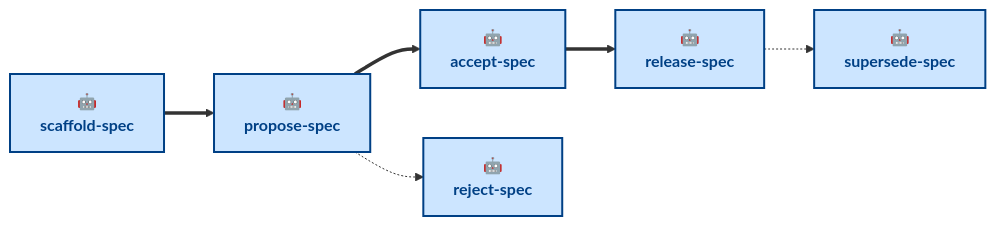
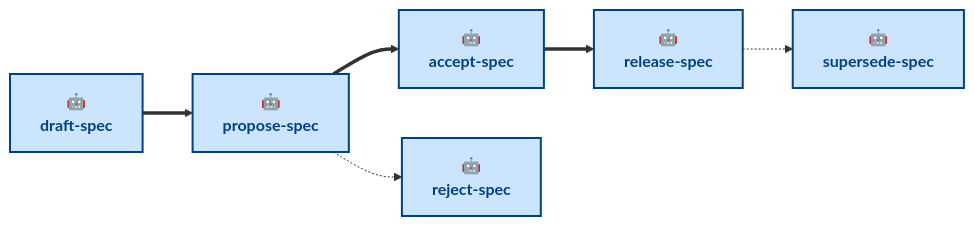
One commit to kieranpotts/specs changed the diagram in .agents/skills/README.md. Above: the diagram before and after it, drawn with Mermaid. The commit also changed other lines of this file and 2 other files, not shown here.

Commit message:
chore: rename scaffold-* to draft-*

````diff
--- a/.agents/skills/README.md
+++ b/.agents/skills/README.md
@@ -40,19 +40,19 @@
 ```mermaid
 flowchart LR
-  scaffold["🤖<br/><b>scaffold-spec</b>"]:::agentic
+  draft["🤖<br/><b>draft-spec</b>"]:::agentic
   propose["🤖<br/><b>propose-spec</b>"]:::agentic
   accept["🤖<br/><b>accept-spec</b>"]:::agentic
   release["🤖<br/><b>release-spec</b>"]:::agentic
   supersede["🤖<br/><b>supersede-spec</b>"]:::agentic
   reject["🤖<br/><b>reject-spec</b>"]:::agentic
 
-  scaffold ==> propose
+  draft ==> propose
   propose ==> accept
   accept ==> release
   release -.-> supersede
   propose -.-> reject
 
   classDef agentic fill:#cce5ff,stroke:#004085,color:#004085,stroke-width:2px
   classDef scripted fill:#e2e3e5,stroke:#4b5157,color:#383d41,stroke-width:2px
   classDef anthropic fill:#fff3cd,stroke:#856404,color:#856404,stroke-width:2px,stroke-dasharray:2 3
 ```
````
